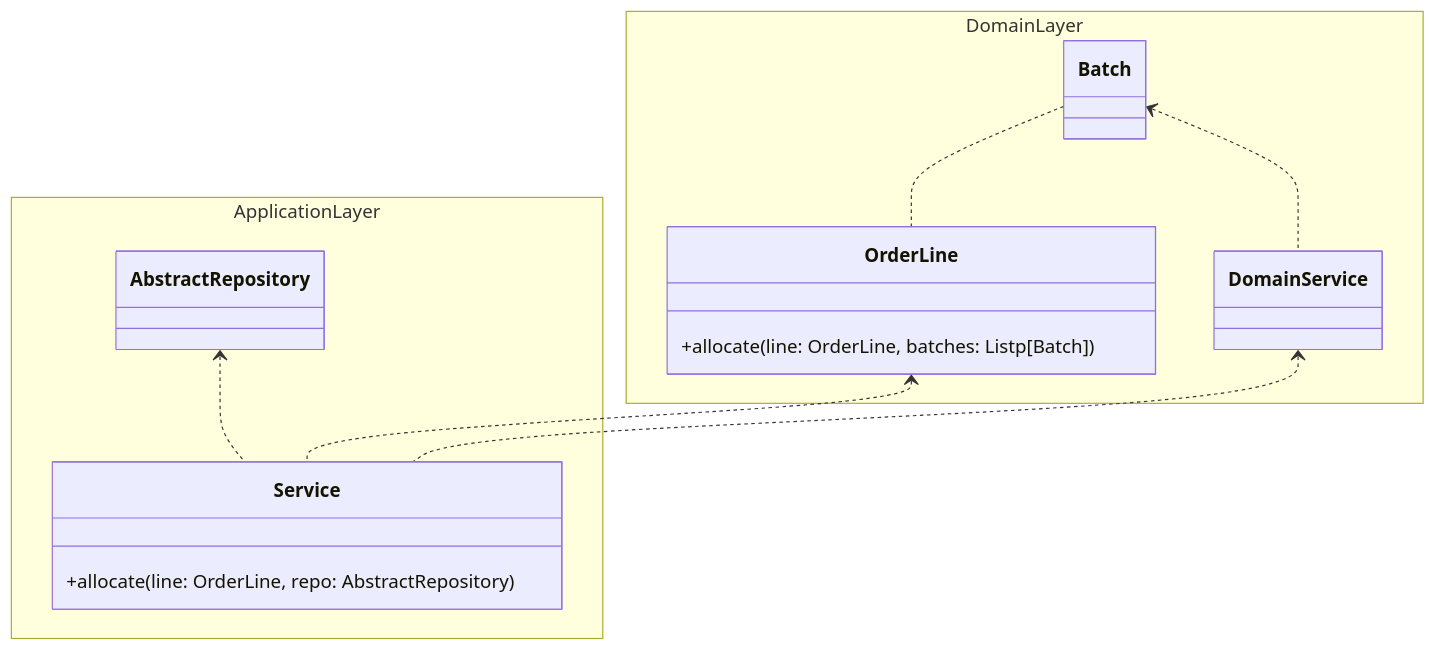
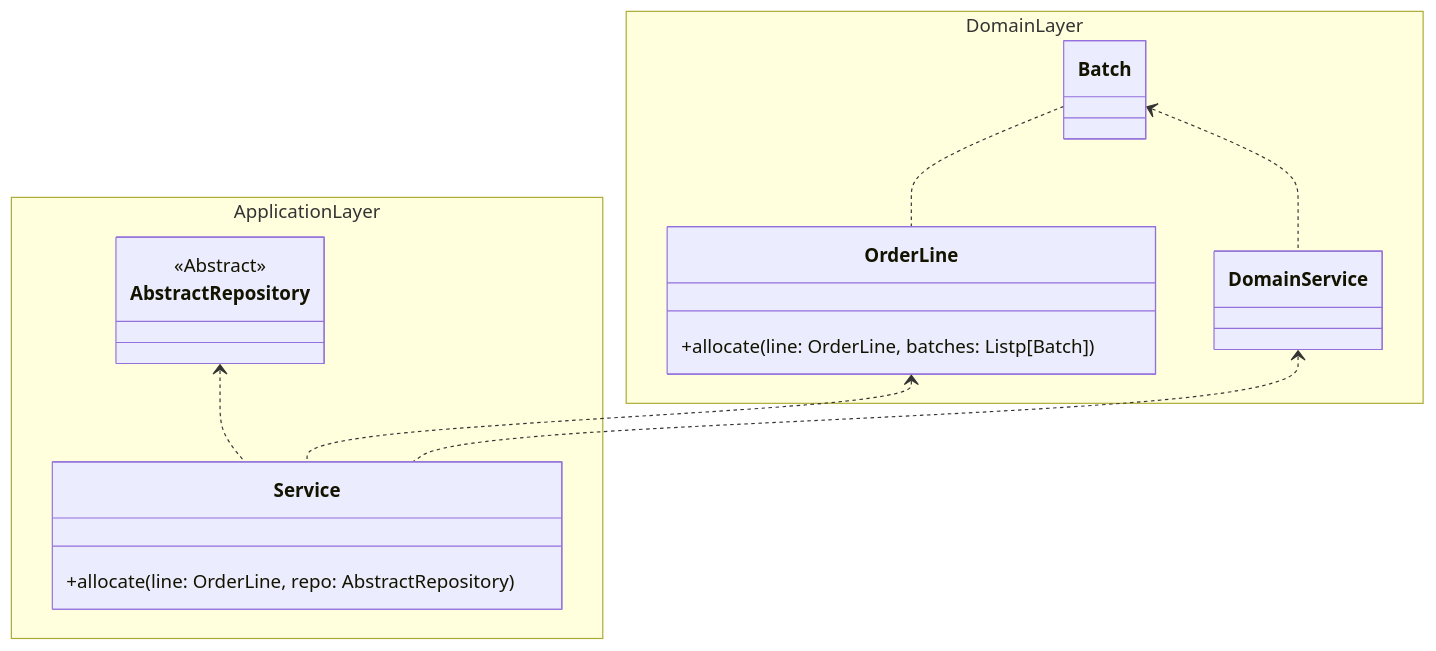
The diagram in docs/good_design/patterns/service_layer.md (BugliL/ArchitecturePatternsWithPython), drawn with Mermaid before and after one commit. The commit also changed 18 other files, not shown here.

````diff
--- a/docs/good_design/patterns/service_layer.md
+++ b/docs/good_design/patterns/service_layer.md
@@ -8,25 +8,27 @@
 ```mermaid
 classDiagram
     namespace Application Layer {
         class Service {
             +allocate(line: OrderLine, repo: AbstractRepository)
         }
         class AbstractRepository
     }
 
     namespace Domain Layer {
         class DomainService
         class Batch
         class OrderLine {
             +allocate(line: OrderLine, batches: Listp[Batch])
         }
     }
 
     AbstractRepository <.. Service
     OrderLine <.. Service
 
     DomainService <.. Service
     Batch <.. DomainService
     Batch .. OrderLine
 
+    <<Abstract>> AbstractRepository
+
 ```
````
